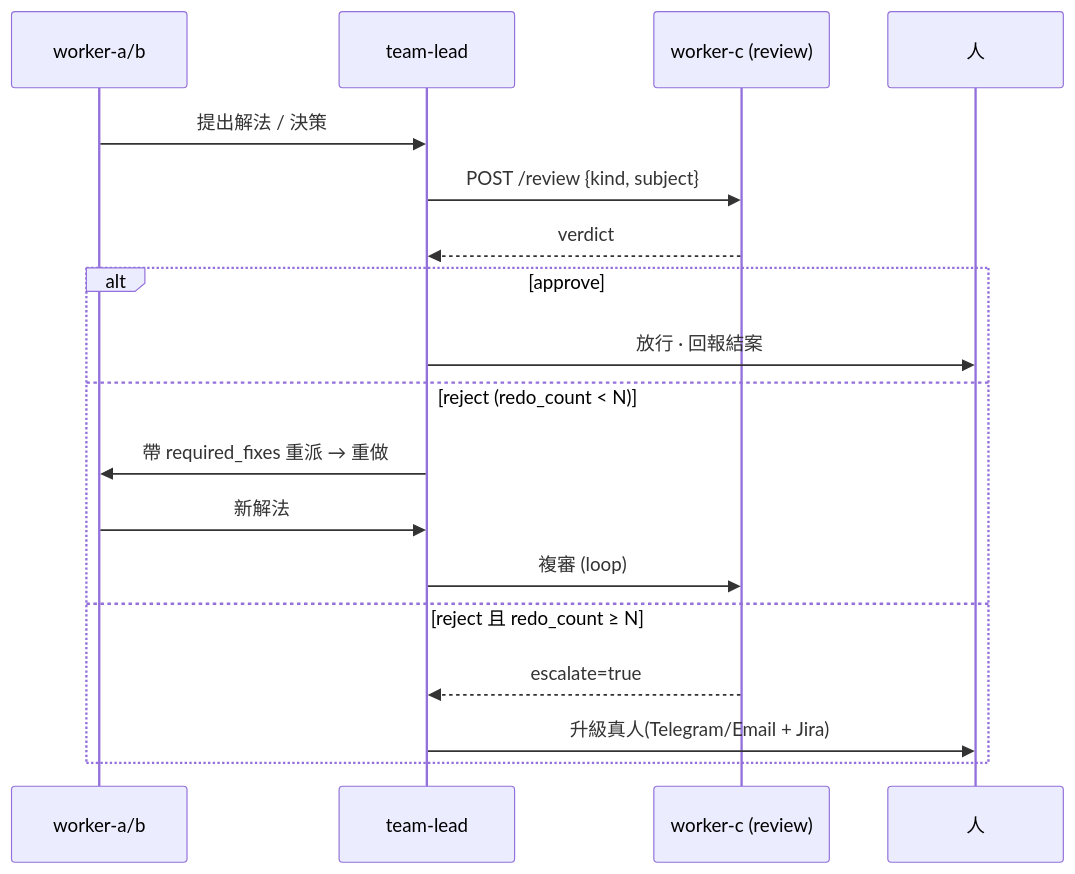
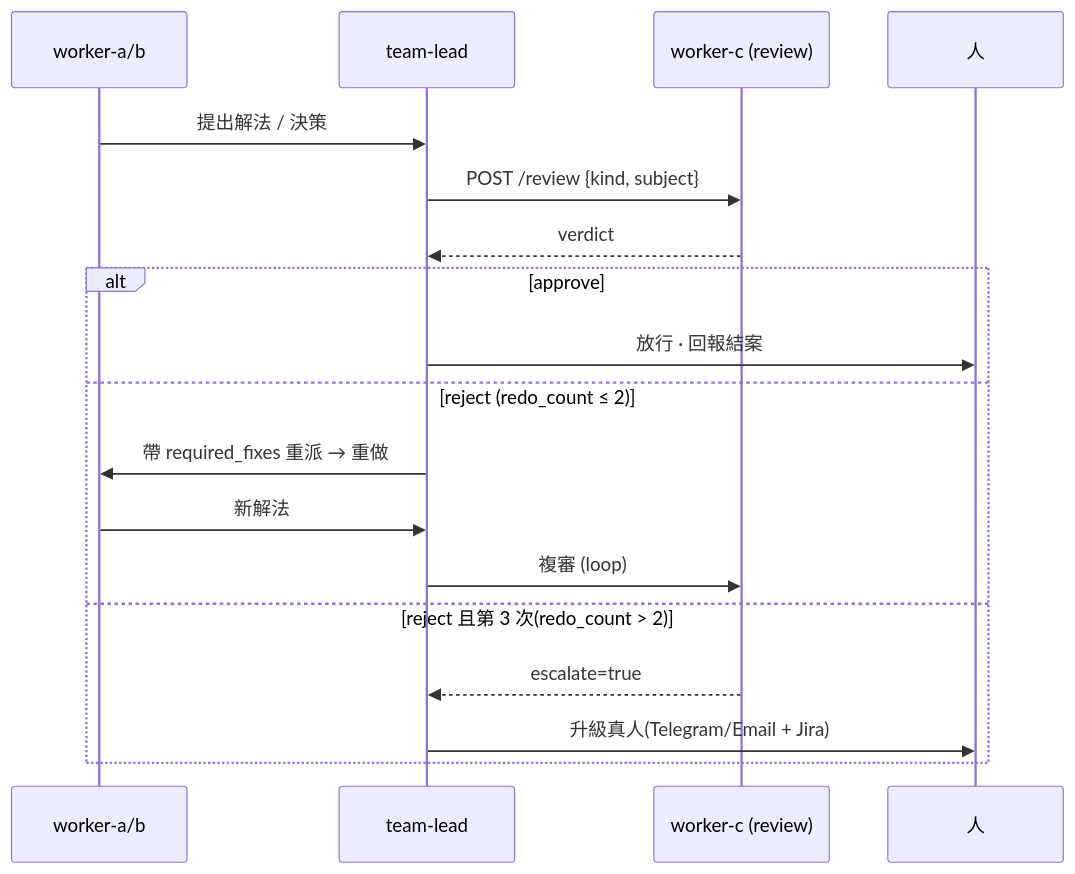
Before and after one commit to tonyandclaw/nemofleet: the first of 2 diagrams in docs/design/worker-c-spec.md, drawn with Mermaid. The commit also changed other lines of this file and 1 other file, not shown here.

````diff
--- a/docs/design/worker-c-spec.md
+++ b/docs/design/worker-c-spec.md
@@ -82,20 +107,20 @@
 ```mermaid
 sequenceDiagram
   participant A as worker-a/b
   participant L as team-lead
   participant C as worker-c (review)
   participant H as 人
   A->>L: 提出解法 / 決策
   L->>C: POST /review {kind, subject}
   C-->>L: verdict
   alt approve
     L->>H: 放行 · 回報結案
-  else reject (redo_count < N)
+  else reject (redo_count ≤ 2)
     L->>A: 帶 required_fixes 重派 → 重做
     A->>L: 新解法
     L->>C: 複審 (loop)
-  else reject 且 redo_count ≥ N
+  else reject 且第 3 次(redo_count > 2)
     C-->>L: escalate=true
     L->>H: 升級真人(Telegram/Email + Jira)
   end
 ```
````
